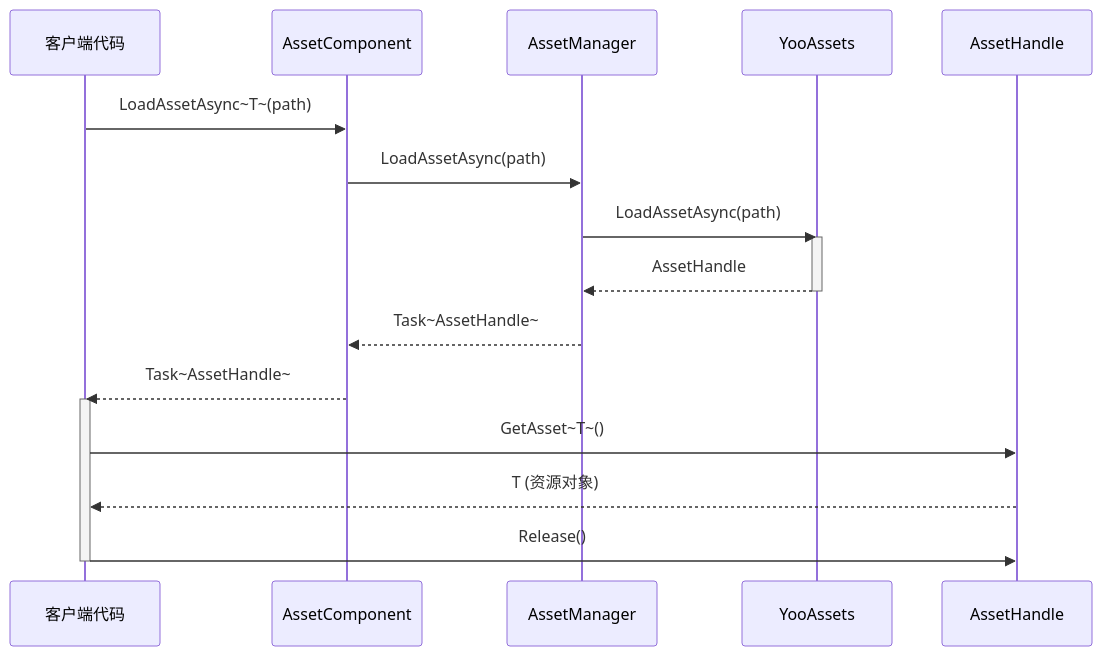
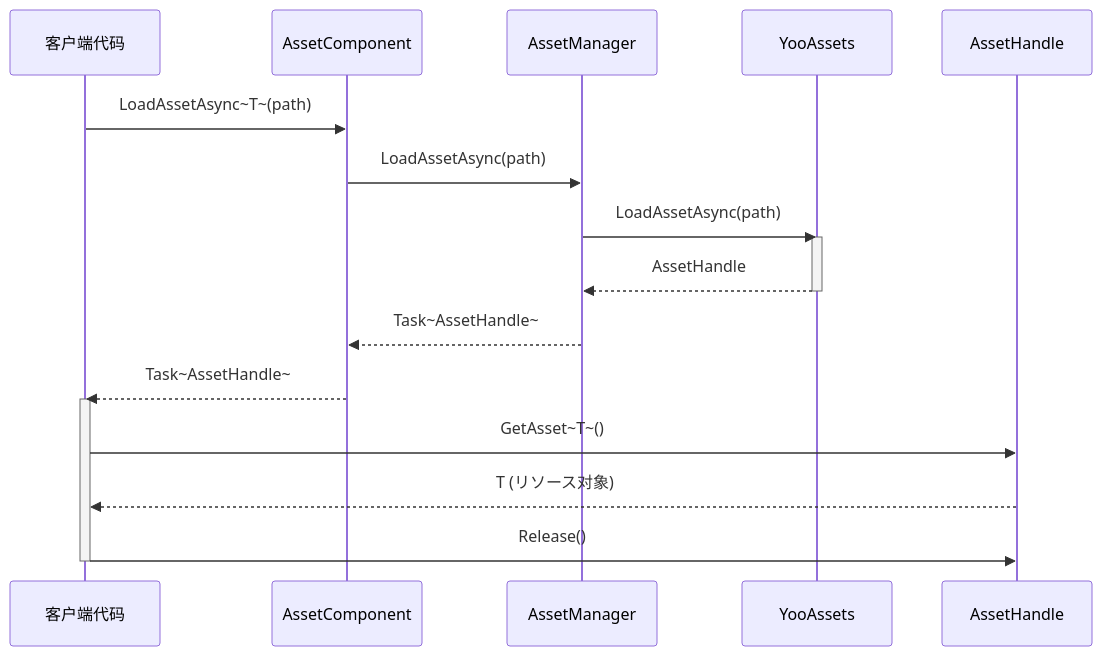
One commit to AlianBlank/GameFrameX.Docs changed the third of 3 diagrams in docs/ja/client/unity/component/asset/11.loading-api.md. Above: the diagram before and after it, drawn with Mermaid. The commit also changed other lines of this file and 603 other files, not shown here.

````diff
--- a/docs/ja/client/unity/component/asset/11.loading-api.md
+++ b/docs/ja/client/unity/component/asset/11.loading-api.md
@@ -471,23 +471,23 @@
 ```mermaid
 sequenceDiagram
     participant Client as 客户端代码
     participant AssetComp as AssetComponent
     participant AssetMgr as AssetManager
     participant YooAssets as YooAssets
     participant Handle as AssetHandle
 
     Client->>AssetComp: LoadAssetAsync~T~(path)
     AssetComp->>AssetMgr: LoadAssetAsync(path)
     AssetMgr->>YooAssets: LoadAssetAsync(path)
     activate YooAssets
     YooAssets-->>AssetMgr: AssetHandle
     deactivate YooAssets
     AssetMgr-->>AssetComp: Task~AssetHandle~
     AssetComp-->>Client: Task~AssetHandle~
     
     activate Client
     Client->>Handle: GetAsset~T~()
-    Handle-->>Client: T (资源对象)
+    Handle-->>Client: T (リソース对象)
     Client->>Handle: Release()
     deactivate Client
 ```
````
